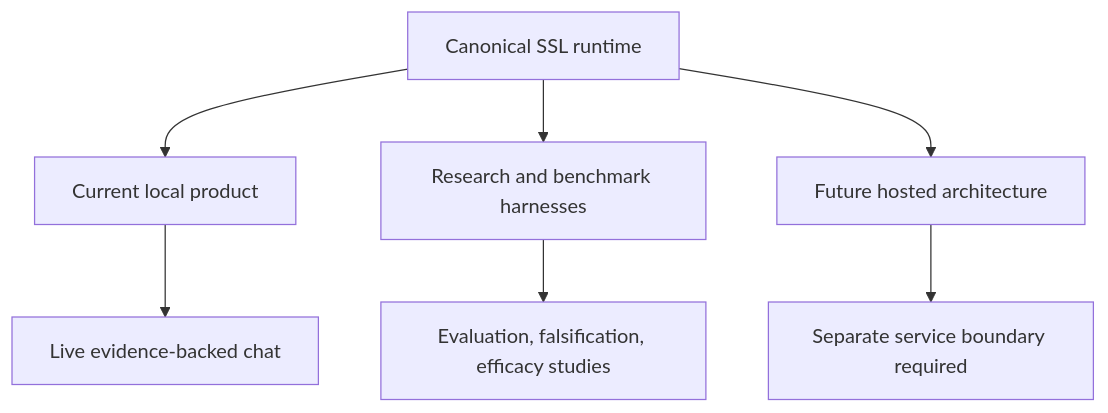
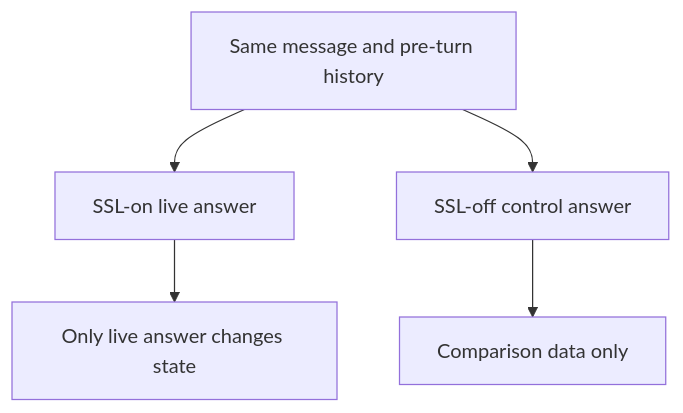
One commit to E-AI-MODEL/shadowseed-pro changed the fourth of 4 diagrams in docs/architecture/high-level-design.md. Above: the diagram before and after it, drawn with Mermaid. The commit also changed other lines of this file, not shown here.

Commit message:
docs: explain the Shadowseed Pro end product

````diff
--- a/docs/architecture/high-level-design.md
+++ b/docs/architecture/high-level-design.md
@@ -251,9 +170,7 @@
 ```mermaid
 flowchart TD
-    A[Canonical SSL runtime] --> B[Current local product]
-    A --> C[Research and benchmark harnesses]
-    A --> D[Future hosted architecture]
-    B --> E[Live evidence-backed chat]
-    C --> F[Evaluation, falsification, efficacy studies]
-    D --> G[Separate service boundary required]
+    A[Same message and pre-turn history] --> B[SSL-on live answer]
+    A --> C[SSL-off control answer]
+    B --> D[Only live answer changes state]
+    C --> E[Comparison data only]
 ```
````
